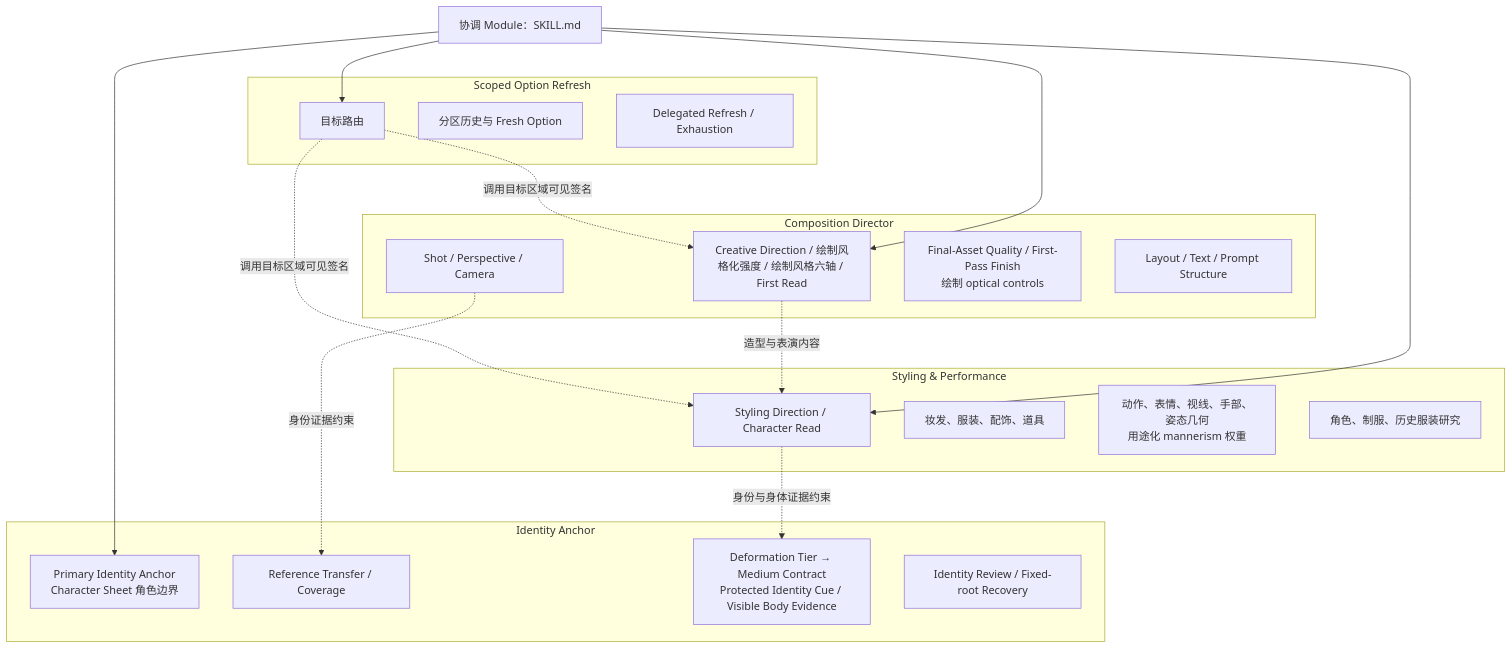
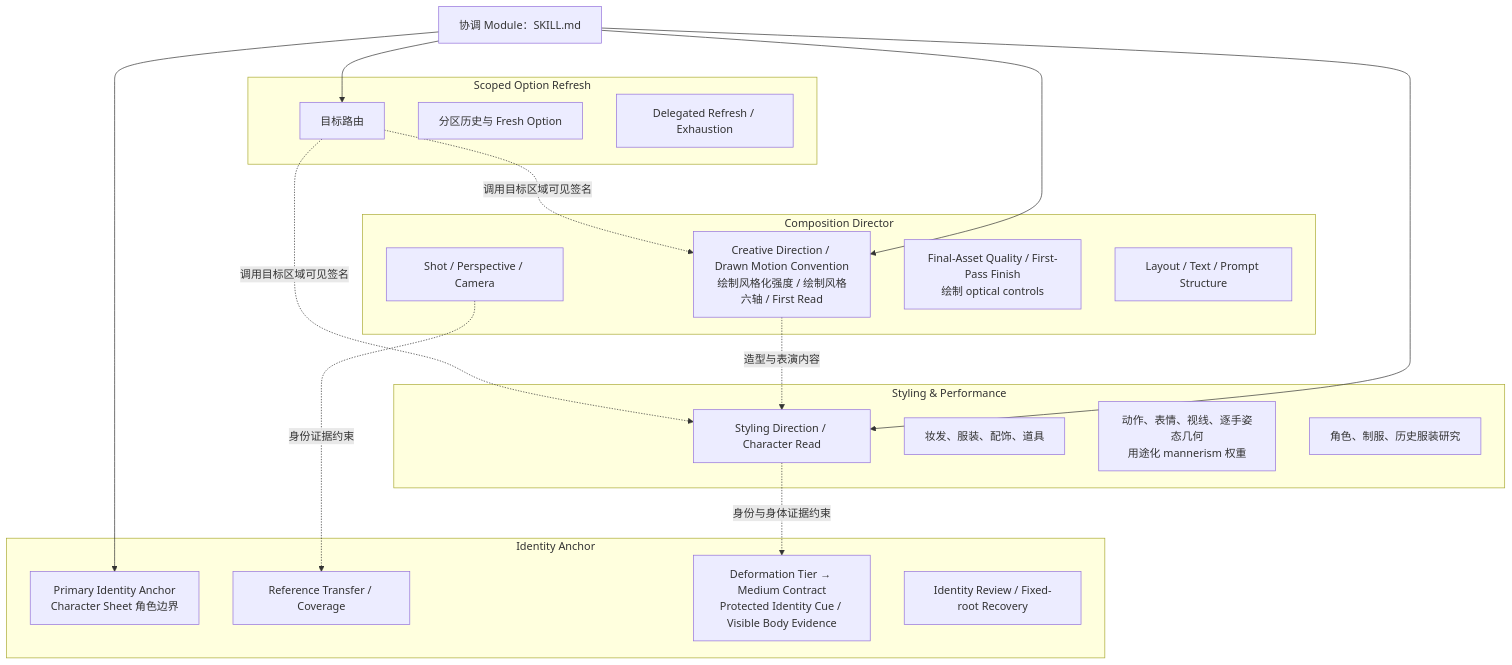
One commit to cyaoc/cast-me changed the second of 13 diagrams in docs/architecture.md. Above: the diagram before and after it, drawn with Mermaid. The commit also changed other lines of this file and 4 other files, not shown here.

````diff
--- a/docs/architecture.md
+++ b/docs/architecture.md
@@ -64,41 +64,41 @@
 ```mermaid
 flowchart TB
     K["协调 Module：SKILL.md"]
 
     subgraph ID["Identity Anchor"]
         I1["Primary Identity Anchor<br/>Character Sheet 角色边界"]
         I2["Reference Transfer / Coverage"]
         I3["Deformation Tier → Medium Contract<br/>Protected Identity Cue / Visible Body Evidence"]
         I4["Identity Review / Fixed-root Recovery"]
     end
 
     subgraph COMP["Composition Director"]
-        C1["Creative Direction / 绘制风格化强度 / 绘制风格六轴 / First Read"]
+        C1["Creative Direction / Drawn Motion Convention<br/>绘制风格化强度 / 绘制风格六轴 / First Read"]
         C2["Shot / Perspective / Camera"]
         C3["Final-Asset Quality / First-Pass Finish<br/>绘制 optical controls"]
         C4["Layout / Text / Prompt Structure"]
     end
 
     subgraph STYLE["Styling & Performance"]
         S1["Styling Direction / Character Read"]
         S2["妆发、服装、配饰、道具"]
-        S3["动作、表情、视线、手部、姿态几何<br/>用途化 mannerism 权重"]
+        S3["动作、表情、视线、逐手姿态几何<br/>用途化 mannerism 权重"]
         S4["角色、制服、历史服装研究"]
     end
 
     subgraph REFRESH["Scoped Option Refresh"]
         R1["目标路由"]
         R2["分区历史与 Fresh Option"]
         R3["Delegated Refresh / Exhaustion"]
     end
 
     K --> I1
     K --> C1
     K --> S1
     K --> R1
     C2 -.身份证据约束.-> I2
     S1 -.身份与身体证据约束.-> I3
     C1 -.造型与表演内容.-> S1
     R1 -.调用目标区域可见签名.-> C1
     R1 -.调用目标区域可见签名.-> S1
 ```
````
